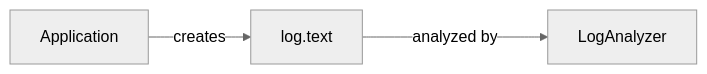
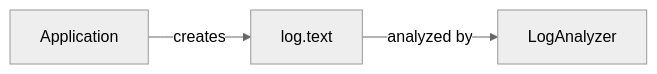
Before and after one commit to rujche/samples: the second of 2 diagrams in README.md, drawn with Mermaid (neutral theme). The commit also changed other lines of this file, not shown here.

Commit message:
Update diagrams in README.md

````diff
--- a/README.md
+++ b/README.md
@@ -26,5 +26,5 @@
       ```mermaid
       graph LR
           Application -->|creates| log.text
-          log.text --->|analyzed by| LogAnalyzer
+          log.text -->|analyzed by| LogAnalyzer
       ```
````
